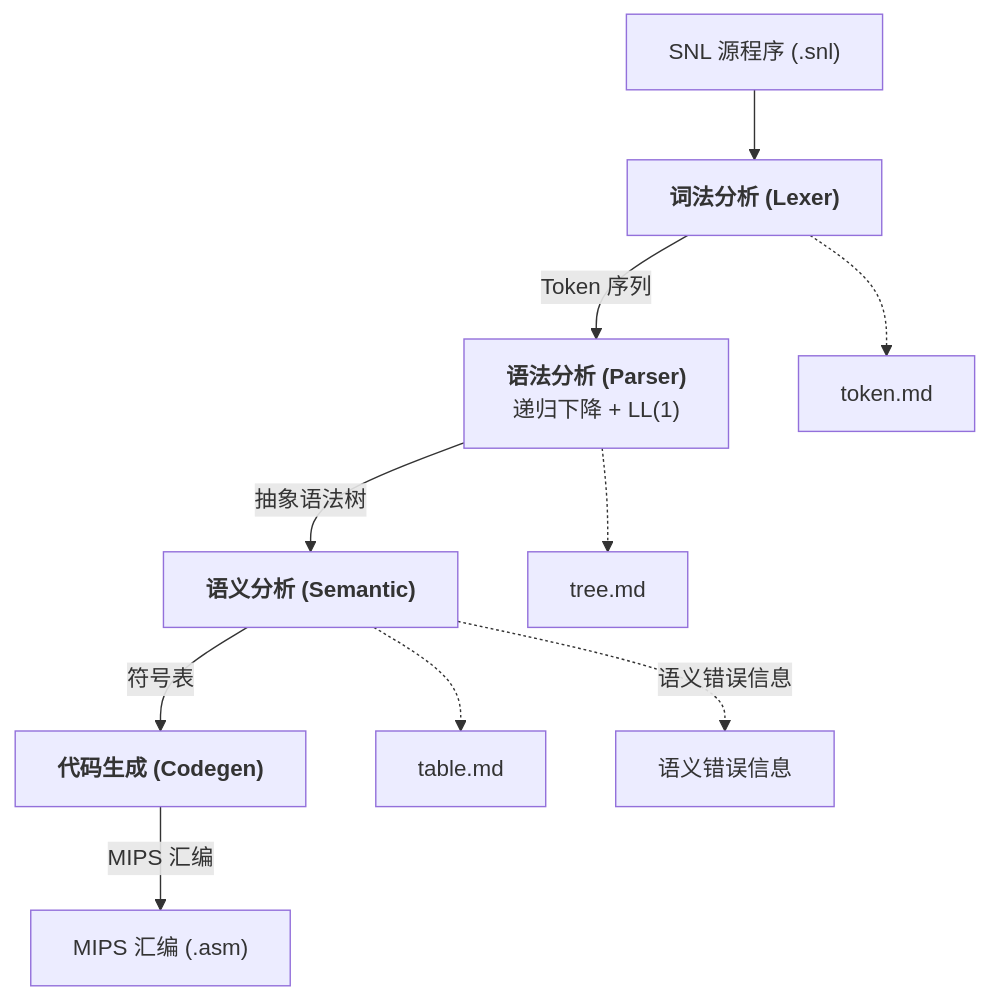
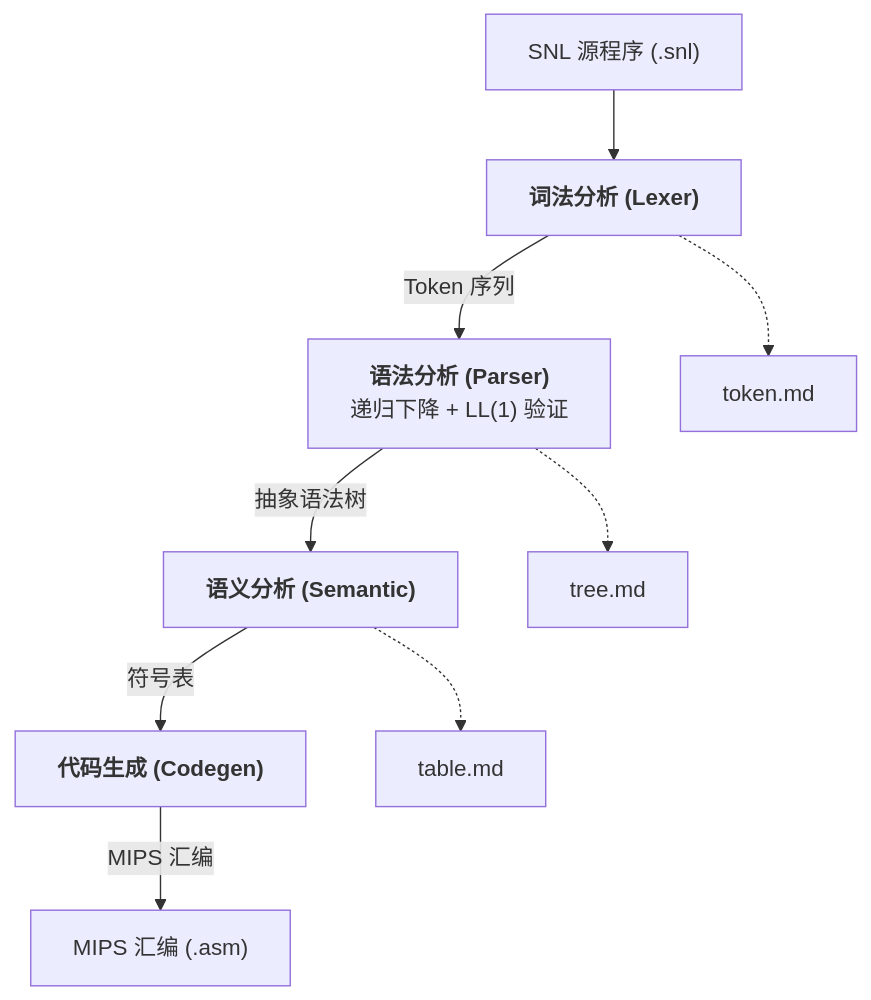
The first of 8 diagrams in PROGRAM_FLOW.md (ExTNT/snl_compiler), drawn with Mermaid before and after one commit. The commit also changed other lines of this file and 32 other files, not shown here.

````diff
--- a/PROGRAM_FLOW.md
+++ b/PROGRAM_FLOW.md
@@ -5,24 +7,23 @@
 ```mermaid
 flowchart TD
     SRC["SNL 源程序 (.snl)"]
     LEX["<b>词法分析 (Lexer)</b>"]
-    PARSE["<b>语法分析 (Parser)</b><br/>递归下降 + LL(1)"]
+    PARSE["<b>语法分析 (Parser)</b><br/>递归下降 + LL(1) 验证"]
     SEM["<b>语义分析 (Semantic)</b>"]
     CG["<b>代码生成 (Codegen)</b>"]
 
     TOKEN["token.md"]
     TREE["tree.md"]
     TABLE["table.md"]
     ASM["MIPS 汇编 (.asm)"]
 
     SRC --> LEX
     LEX -->|"Token 序列"| PARSE
     PARSE -->|"抽象语法树"| SEM
     SEM -->|"符号表"| CG
     CG -->|"MIPS 汇编"| ASM
 
     LEX -.-> TOKEN
     PARSE -.-> TREE
     SEM -.-> TABLE
-    SEM -.->|"语义错误信息"| ERR["语义错误信息"]
 ```
````
